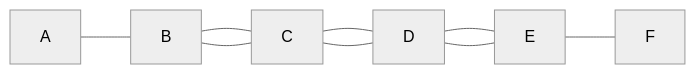
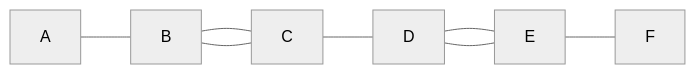
The second of 3 diagrams in articles/mermaid-duplicate-objects.md (noraworld/devlog), drawn with Mermaid (neutral theme) before and after one commit. The commit also changed other lines of this file, not shown here.

Commit message:
[JP] 説明の図が一部間違っていたので修正

````diff
--- a/articles/mermaid-duplicate-objects.md
+++ b/articles/mermaid-duplicate-objects.md
@@ -50,9 +53,10 @@
 ```mermaid
 flowchart LR
     A --- B
-    B --- C & C
+    B --- C
+    B --- C
     C --- D
-    C --- D
-    D & D --- E
+    D --- E
+    D --- E
     E --- F
 ```
````
